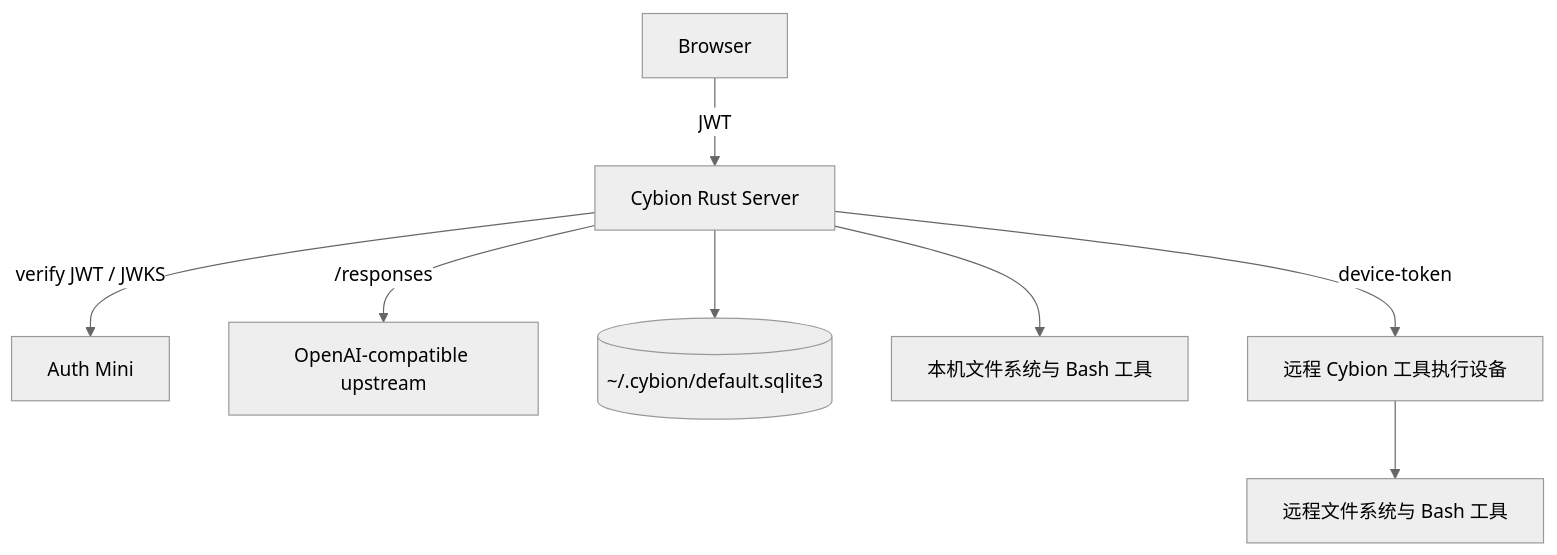
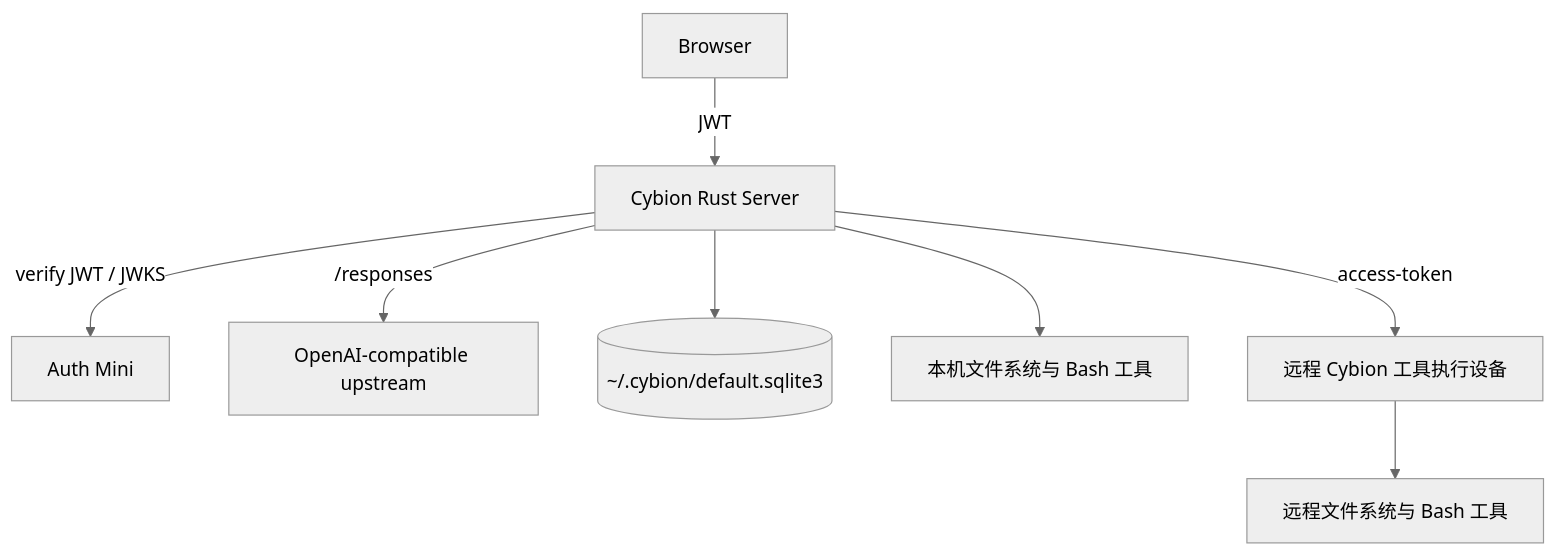
Before and after one commit to zccz14/cybion: the third of 3 diagrams in README.md, drawn with Mermaid (neutral theme). The commit also changed other lines of this file and 5 other files, not shown here.

````diff
--- a/README.md
+++ b/README.md
@@ -264,10 +264,10 @@
 ```mermaid
 flowchart TB
   B["Browser"] -->|"JWT"| S["Cybion Rust Server"]
   S -->|"verify JWT / JWKS"| AM["Auth Mini"]
   S -->|"/responses"| O["OpenAI-compatible upstream"]
   S --> DB[("~/.cybion/default.sqlite3")]
   S --> T["本机文件系统与 Bash 工具"]
-  S -->|"device-token"| P["远程 Cybion 工具执行设备"]
+  S -->|"access-token"| P["远程 Cybion 工具执行设备"]
   P --> PT["远程文件系统与 Bash 工具"]
 ```
````
